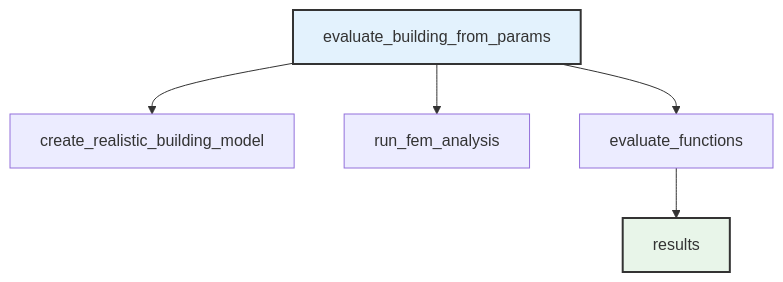
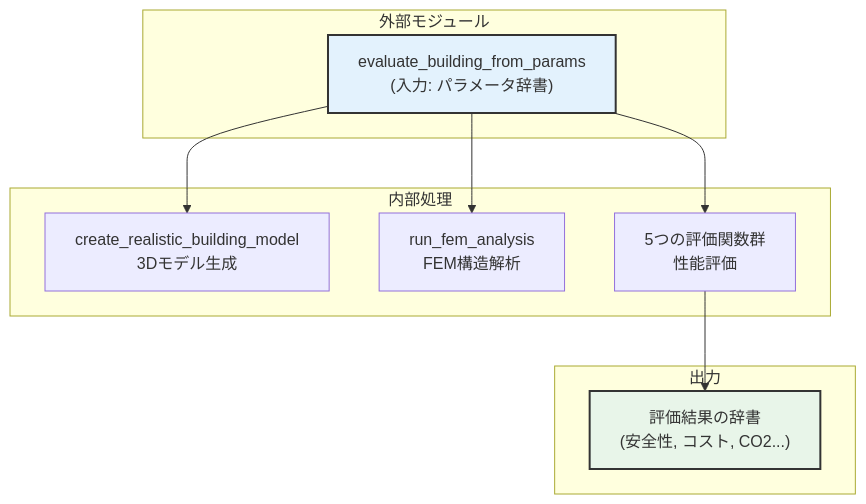
The first of 2 diagrams in docs/generate_building_fem_analyze_report_revised.md (jkushida/ai-arch), drawn with Mermaid before and after one commit. The commit also changed other lines of this file and 3 other files, not shown here.

First line of the commit message:
Restore full Mermaid diagrams with proper initialization 🎨

````diff
--- a/docs/generate_building_fem_analyze_report_revised.md
+++ b/docs/generate_building_fem_analyze_report_revised.md
@@ -13,10 +13,24 @@
 ```mermaid
 graph TD
-    A[evaluate_building_from_params] --> B[create_realistic_building_model]
-    A --> C[run_fem_analysis]
-    A --> D[evaluate_functions]
-    D --> E[results]
-    
+    subgraph 外部モジュール
+        A["evaluate_building_from_params<br/>(入力: パラメータ辞書)"]
+    end
+
+    subgraph 内部処理
+        B["create_realistic_building_model<br/>3Dモデル生成"]
+        C["run_fem_analysis<br/>FEM構造解析"]
+        D["5つの評価関数群<br/>性能評価"]
+    end
+
+    subgraph 出力
+        E["評価結果の辞書<br/>(安全性, コスト, CO2...)"]
+    end
+
+    A --> B
+    A --> C
+    A --> D
+    D --> E
+
     style A fill:#e3f2fd,stroke:#333,stroke-width:2px
     style E fill:#e8f5e9,stroke:#333,stroke-width:2px
 ```
````
